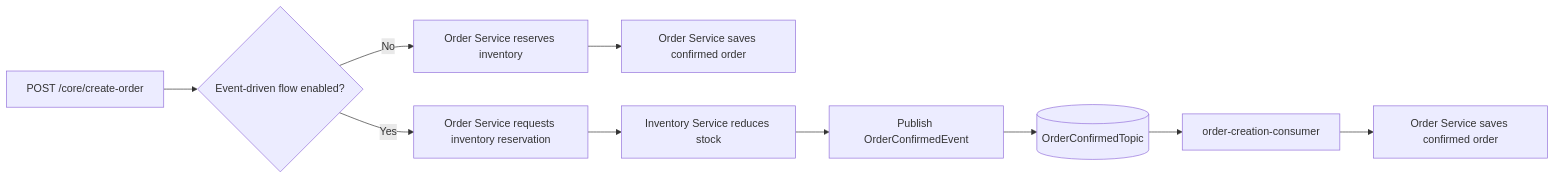
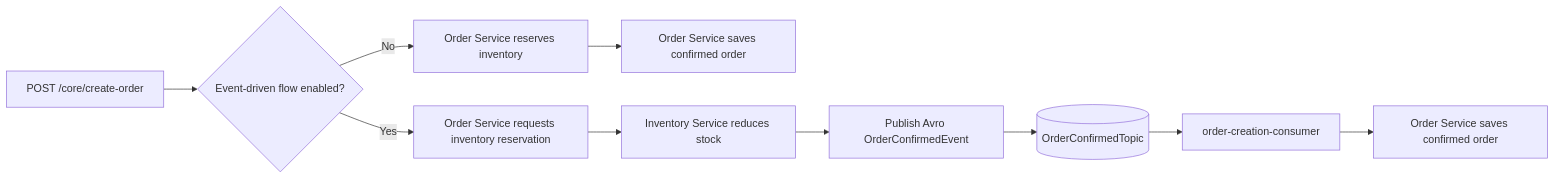
One commit to shubhgaur37/eCommerce changed the third of 3 diagrams in README.md. Above: the diagram before and after it, drawn with Mermaid. The commit also changed other lines of this file and 1 other file, not shown here.

````diff
--- a/README.md
+++ b/README.md
@@ -225,14 +228,14 @@
 ```mermaid
 flowchart LR
     request["POST /core/create-order"] --> flag{"Event-driven flow enabled?"}
 
     flag -->|No| syncReserve["Order Service reserves inventory"]
     syncReserve --> syncSave["Order Service saves confirmed order"]
 
     flag -->|Yes| reserve["Order Service requests inventory reservation"]
     reserve --> reduce["Inventory Service reduces stock"]
-    reduce --> event["Publish OrderConfirmedEvent"]
+    reduce --> event["Publish Avro OrderConfirmedEvent"]
     event --> topic[(OrderConfirmedTopic)]
     topic --> listener["order-creation-consumer"]
     listener --> asyncSave["Order Service saves confirmed order"]
 ```
````
